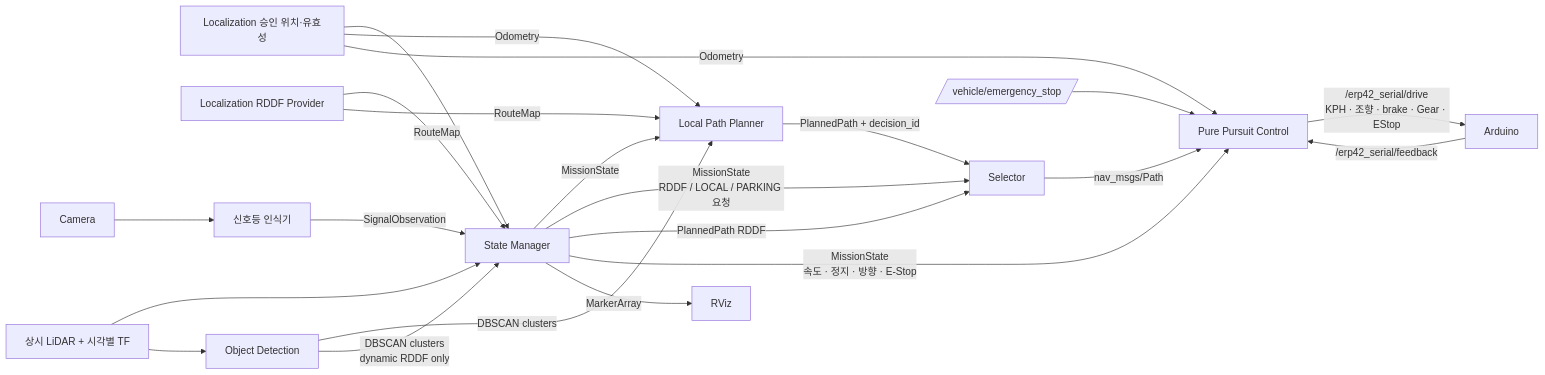
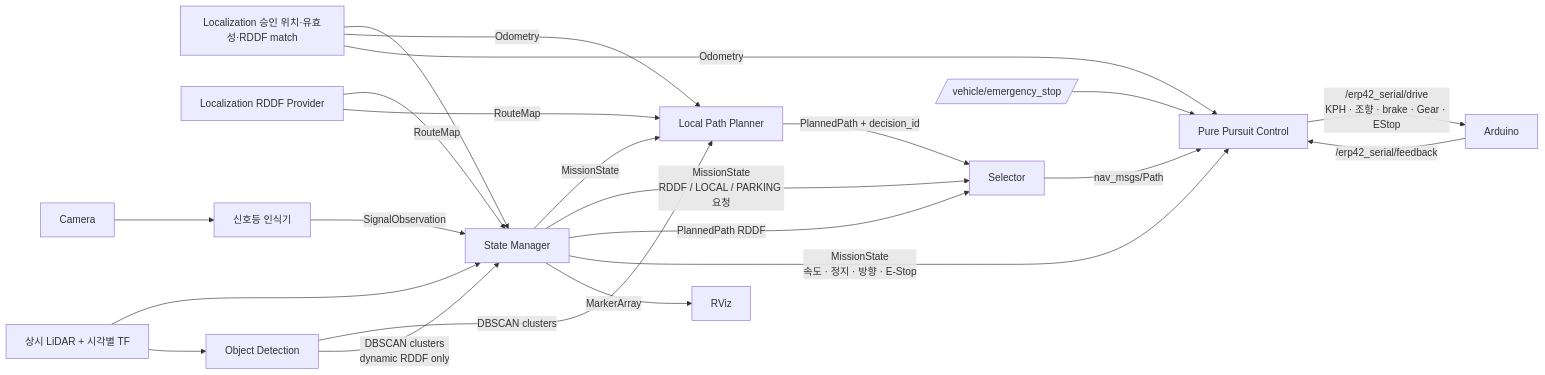
One commit to Team-Stier/HL-FMA-1-5-2026 changed the diagram in src/state_manager/README.md. Above: the diagram before and after it, drawn with Mermaid. The commit also changed other lines of this file and 9 other files, not shown here.

Commit message:
fix: select mission from current RDDF match

````diff
--- a/src/state_manager/README.md
+++ b/src/state_manager/README.md
@@ -18,24 +18,24 @@
 ```mermaid
 flowchart LR
-  L[Localization 승인 위치·유효성] --> S[State Manager]
+  L[Localization 승인 위치·유효성·RDDF match] --> S[State Manager]
   R[Localization RDDF Provider] -->|RouteMap| S
   C[Camera] --> T[신호등 인식기]
   T -->|SignalObservation| S
   D[상시 LiDAR + 시각별 TF] --> S
   D --> O[Object Detection]
   O -->|DBSCAN clusters| P[Local Path Planner]
   O -->|DBSCAN clusters<br/>dynamic RDDF only| S
   L -->|Odometry| P
   R -->|RouteMap| P
   S -->|MissionState| P
   S -->|MissionState<br/>RDDF / LOCAL / PARKING 요청| X[Selector]
   S -->|PlannedPath RDDF| X
   P -->|PlannedPath + decision_id| X
   X -->|nav_msgs/Path| PP[Pure Pursuit Control]
   L -->|Odometry| PP
   S -->|MissionState<br/>속도 · 정지 · 방향 · E-Stop| PP
   E[/vehicle/emergency_stop/] --> PP
   PP -->|/erp42_serial/drive<br/>KPH · 조향 · brake · Gear · EStop| A[Arduino]
   A -->|/erp42_serial/feedback| PP
   S -->|MarkerArray| Z[RViz]
 ```
````
